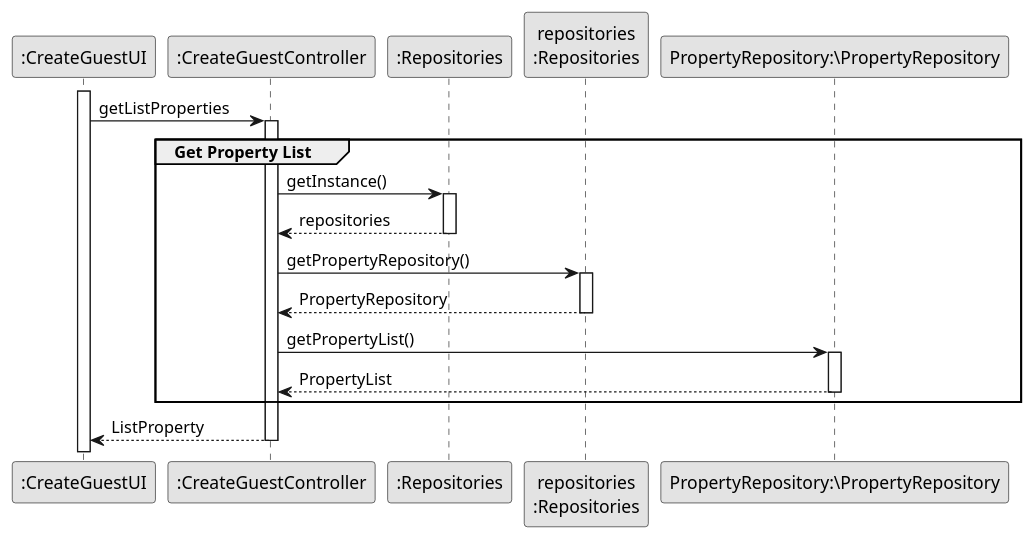
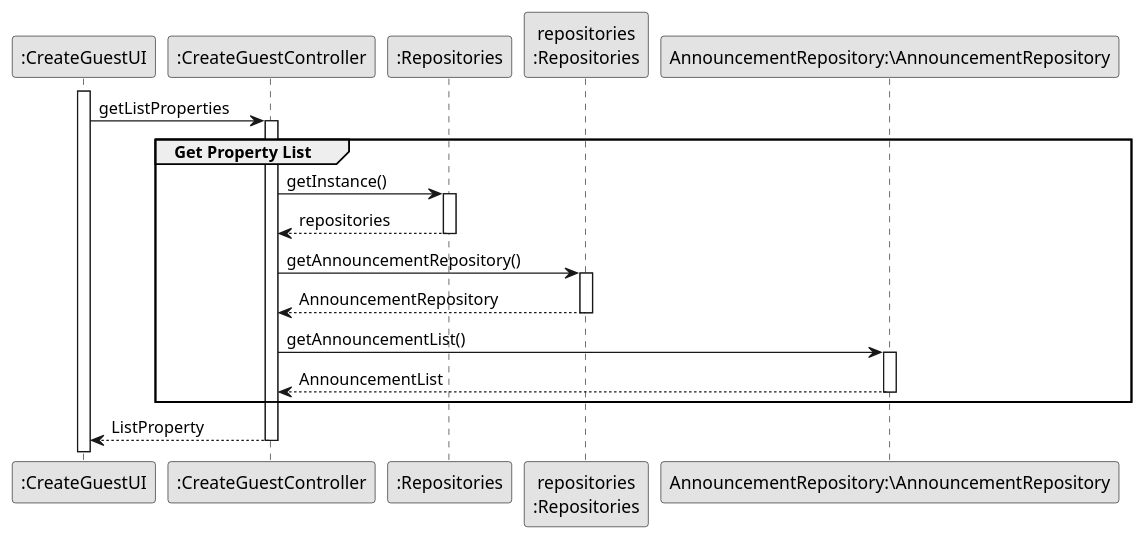
One commit to hugosilva2901/lei-22-s2-1DO-g68 changed the diagram in lei-22-s2-1do-g68/docs/SprintB/us001/03.design/puml/us001-sequence-diagram-partial-get-property-list.puml. Above: the diagram before and after it, drawn with PlantUML. The commit also changed 8 other files, not shown here.

```diff
--- a/lei-22-s2-1do-g68/docs/SprintB/us001/03.design/puml/us001-sequence-diagram-partial-get-property-list.puml
+++ b/lei-22-s2-1do-g68/docs/SprintB/us001/03.design/puml/us001-sequence-diagram-partial-get-property-list.puml
@@ -1,42 +1,42 @@
 @startuml
 skinparam monochrome true
 skinparam packageStyle rectangle
 skinparam shadowing false
 
 participant ":CreateGuestUI" as UI
 participant ":CreateGuestController" as CTRL
 participant ":Repositories" as RepositorySingleton
 participant "repositories\n:Repositories" as PLAT
-participant "PropertyRepository:\PropertyRepository" as PropertyRepository
+participant "AnnouncementRepository:\AnnouncementRepository" as AnnouncementRepository
 
 
  activate UI
  UI -> CTRL : getListProperties
             activate CTRL
 
 
 group Get Property List
                 CTRL -> RepositorySingleton : getInstance()
                 activate RepositorySingleton
 
                     RepositorySingleton --> CTRL: repositories
                 deactivate RepositorySingleton
 
-                CTRL -> PLAT : getPropertyRepository()
+                CTRL -> PLAT : getAnnouncementRepository()
                 activate PLAT
 
-                    PLAT --> CTRL: PropertyRepository
+                    PLAT --> CTRL: AnnouncementRepository
                 deactivate PLAT
 
-    CTRL -> PropertyRepository : getPropertyList()
-             activate PropertyRepository
+    CTRL -> AnnouncementRepository : getAnnouncementList()
+             activate AnnouncementRepository
 
-                 PropertyRepository --> CTRL : PropertyList
-             deactivate PropertyRepository
+                 AnnouncementRepository --> CTRL : AnnouncementList
+             deactivate AnnouncementRepository
 
 end
                 CTRL --> UI : ListProperty
             deactivate CTRL
 
 
 @enduml
```
